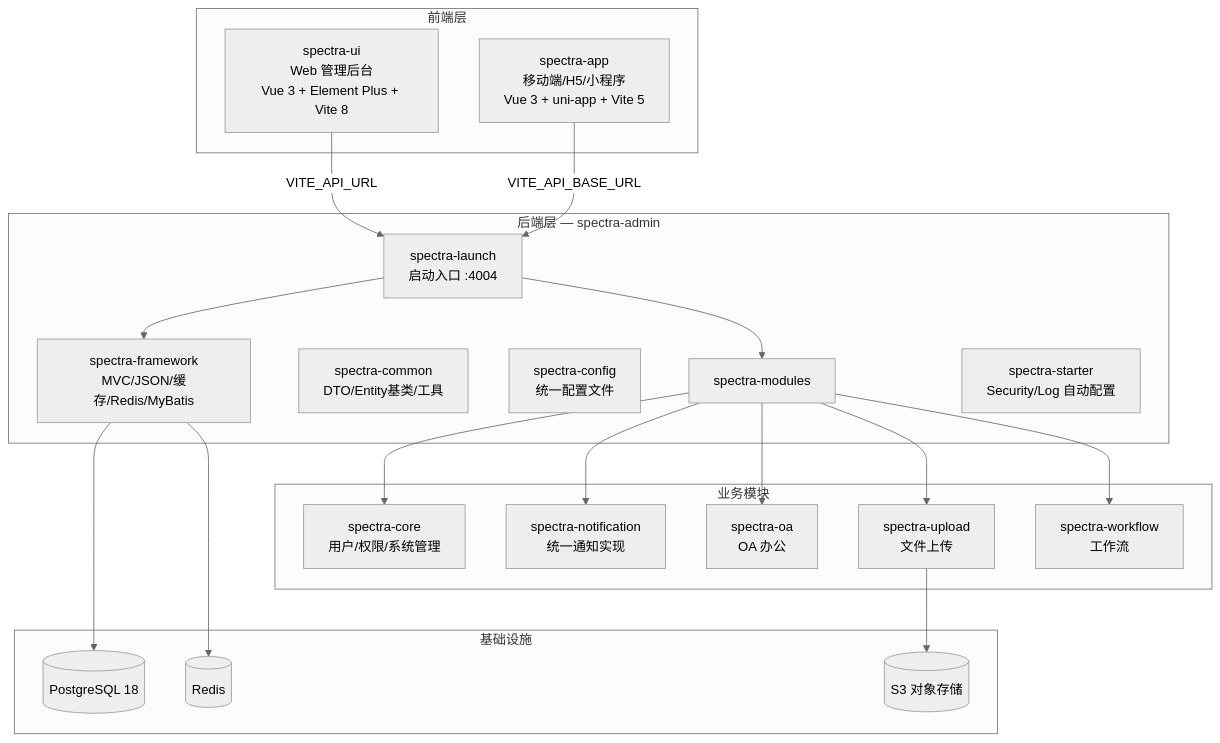
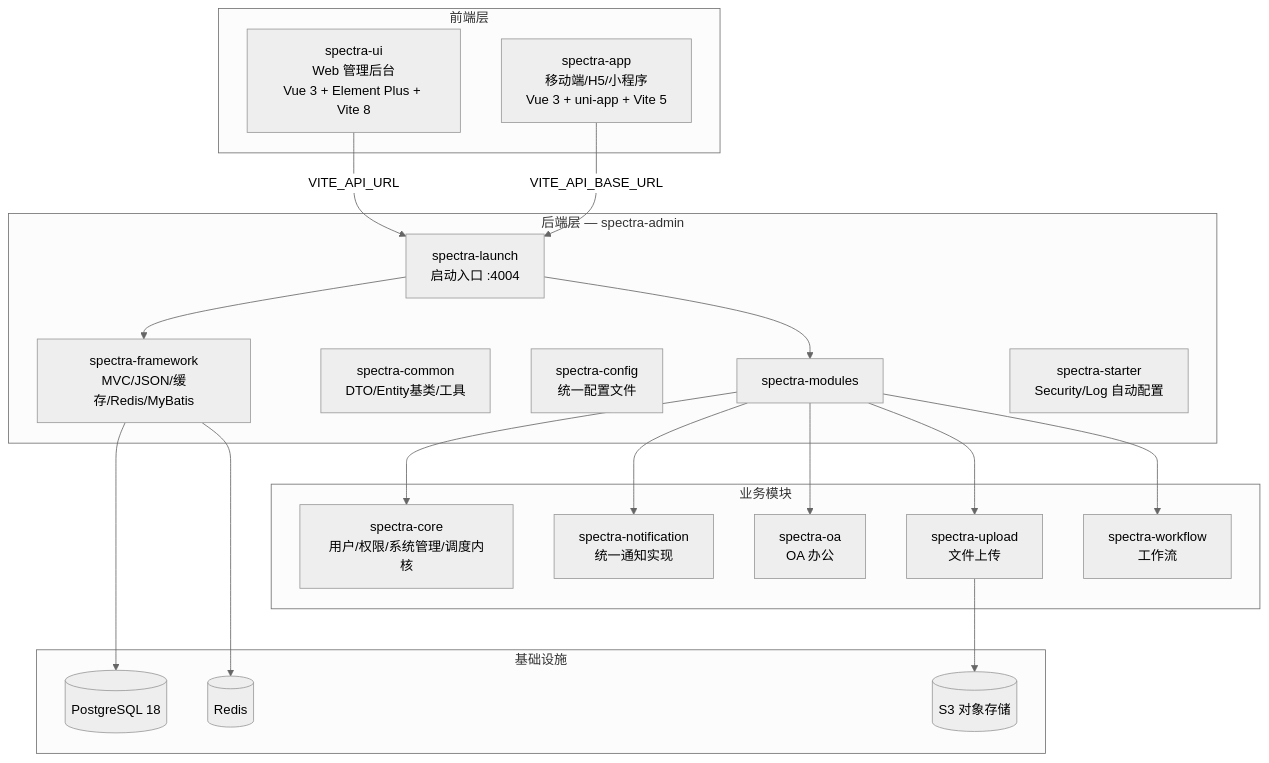
One commit to yangxj96/spectra-docs changed the diagram in docs/00-项目总览.md. Above: the diagram before and after it, drawn with Mermaid (neutral theme). The commit also changed other lines of this file and 13 other files, not shown here.

````diff
--- a/docs/00-项目总览.md
+++ b/docs/00-项目总览.md
@@ -22,43 +22,43 @@
 ```mermaid
 graph TB
     subgraph "前端层"
         UI["spectra-ui<br/>Web 管理后台<br/>Vue 3 + Element Plus + Vite 8"]
         APP["spectra-app<br/>移动端/H5/小程序<br/>Vue 3 + uni-app + Vite 5"]
     end
 
     subgraph "后端层 — spectra-admin"
         LAUNCH["spectra-launch<br/>启动入口 :4004"]
         FW["spectra-framework<br/>MVC/JSON/缓存/Redis/MyBatis"]
         COMMON["spectra-common<br/>DTO/Entity基类/工具"]
         CONFIG["spectra-config<br/>统一配置文件"]
         MODULES["spectra-modules"]
         STARTER["spectra-starter<br/>Security/Log 自动配置"]
     end
 
     subgraph "业务模块"
-        CORE["spectra-core<br/>用户/权限/系统管理"]
+        CORE["spectra-core<br/>用户/权限/系统管理/调度内核"]
         NOTIFY["spectra-notification<br/>统一通知实现"]
         OA["spectra-oa<br/>OA 办公"]
         UPLOAD["spectra-upload<br/>文件上传"]
         WF["spectra-workflow<br/>工作流"]
     end
 
     subgraph "基础设施"
         PG[("PostgreSQL 18")]
         REDIS[("Redis")]
         S3[("S3 对象存储")]
     end
 
     UI -->|"VITE_API_URL"| LAUNCH
     APP -->|"VITE_API_BASE_URL"| LAUNCH
     LAUNCH --> FW
     LAUNCH --> MODULES
     MODULES --> CORE
     MODULES --> NOTIFY
     MODULES --> OA
     MODULES --> UPLOAD
     MODULES --> WF
     FW --> PG
     FW --> REDIS
     UPLOAD --> S3
 ```
````
